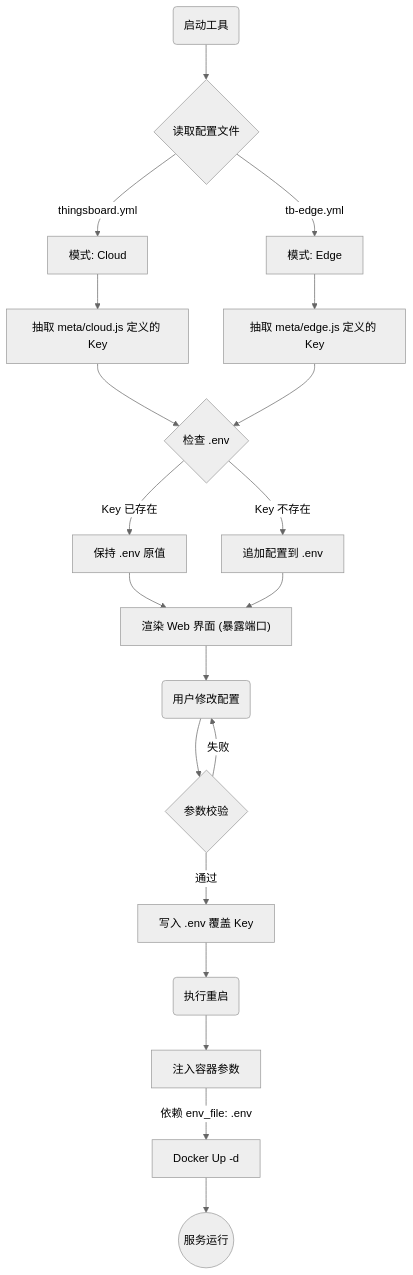
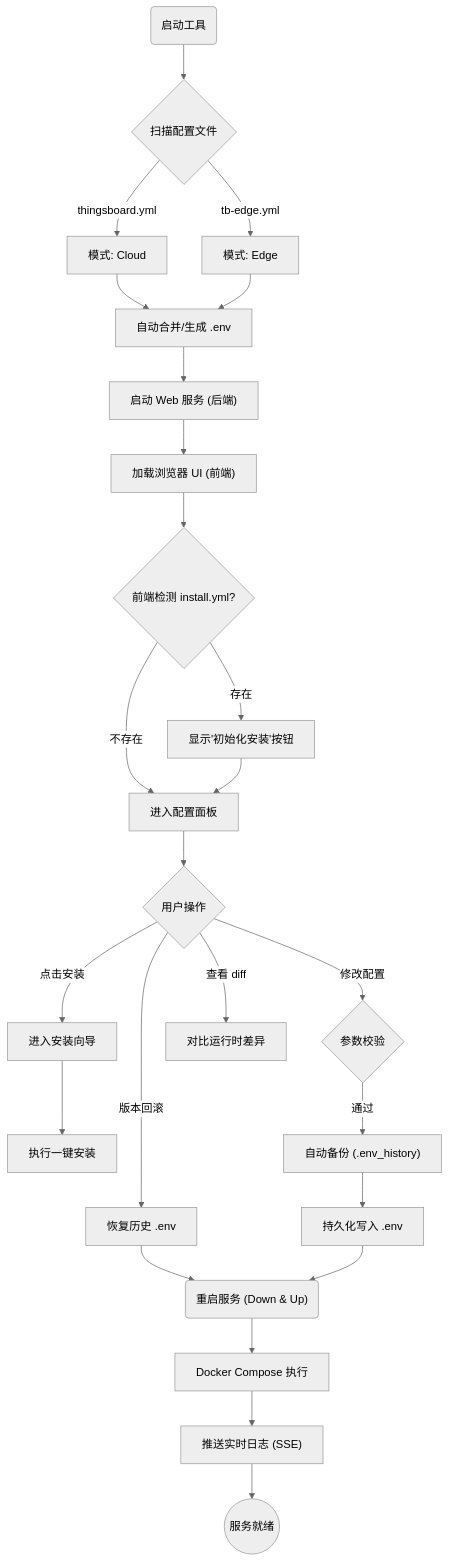
The diagram in DESIGN.md (bcblr1993/thingsboad-config-mate), drawn with Mermaid (neutral theme) before and after one commit. The commit also changed other lines of this file, not shown here.

Commit message:
docs: 更新设计文档

````diff
--- a/DESIGN.md
+++ b/DESIGN.md
@@ -90,31 +116,40 @@
 ```mermaid
 graph TD
-    Start("启动工具") --> CheckConf{"读取配置文件"}
+    %% 后端初始化流程
+    Start("启动工具") --> CheckConf{"扫描配置文件"}
     
     CheckConf -- "thingsboard.yml" --> SetCloud["模式: Cloud"]
     CheckConf -- "tb-edge.yml" --> SetEdge["模式: Edge"]
     
-    SetCloud --> ExtractCloud["抽取 meta/cloud.js 定义的 Key"]
-    SetEdge --> ExtractEdge["抽取 meta/edge.js 定义的 Key"]
+    SetCloud --> AutoInit["自动合并/生成 .env"]
+    SetEdge --> AutoInit
     
-    ExtractCloud --> CheckEnv{"检查 .env"}
-    ExtractEdge --> CheckEnv
+    AutoInit --> WebServer["启动 Web 服务 (后端)"]
+    WebServer --> WebUI["加载浏览器 UI (前端)"]
     
-    CheckEnv -- "Key 已存在" --> Ignore["保持 .env 原值"]
-    CheckEnv -- "Key 不存在" --> Append["追加配置到 .env"]
+    %% 前端交互流程 (Dashboard 加载后)
+    WebUI --> CheckInstall{"前端检测 install.yml?"}
     
-    Ignore --> WebUI["渲染 Web 界面 (暴露端口)"]
-    Append --> WebUI
+    CheckInstall -- "存在" --> ShowInstallBtn["显示'初始化安装'按钮"]
+    CheckInstall -- "不存在" --> Dashboard["进入配置面板"]
+    ShowInstallBtn --> Dashboard
     
-    WebUI --> UserEdit("用户修改配置")
-    UserEdit --> Validate{"参数校验"}
+    Dashboard --> Actions{用户操作}
     
-    Validate -- "失败" --> UserEdit
-    Validate -- "通过" --> WriteEnv["写入 .env 覆盖 Key"]
+    Actions -- "点击安装" --> Wizard["进入安装向导"]
+    Wizard --> DoInstall["执行一键安装"]
     
-    WriteEnv --> Restart("执行重启")
-    Restart --> DockerCompose["注入容器参数"]
+    Actions -- "修改配置" --> Validate{"参数校验"}
+    Actions -- "查看 diff" --> RuntimeDiff["对比运行时差异"]
+    Actions -- "版本回滚" --> Restore["恢复历史 .env"]
     
-    DockerCompose -- "依赖 env_file: .env" --> DockerUp["Docker Up -d"]
-    DockerUp --> Success(("服务运行"))
+    Validate -- "通过" --> Backup["自动备份 (.env_history)"]
+    Backup --> WriteEnv["持久化写入 .env"]
+    
+    Restore --> Restart
+    WriteEnv --> Restart("重启服务 (Down & Up)")
+    
+    Restart --> DockerActions["Docker Compose 执行"]
+    DockerActions --> StreamLogs["推送实时日志 (SSE)"]
+    StreamLogs --> Success(("服务就绪"))
 ```
````
